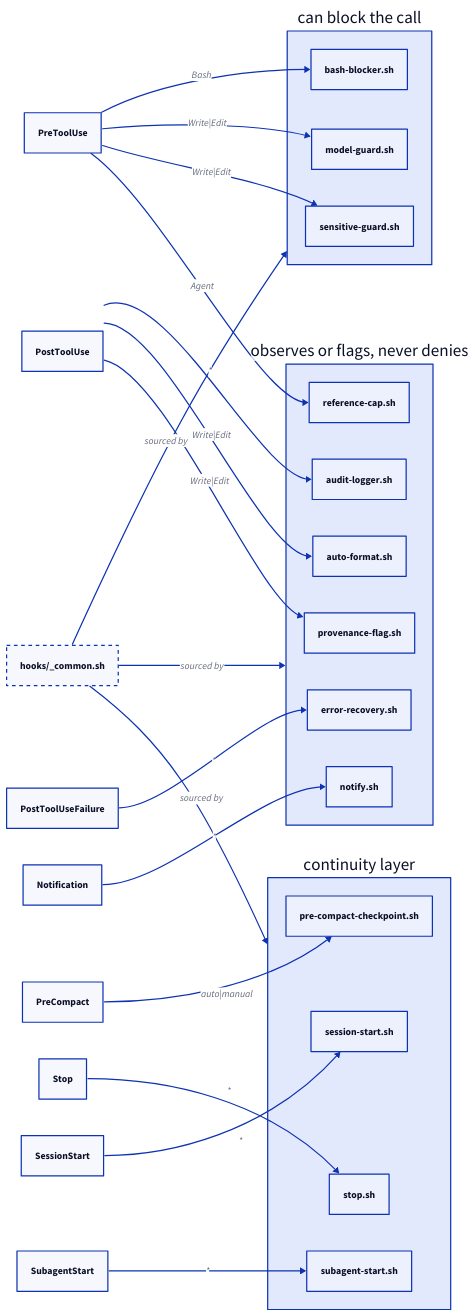
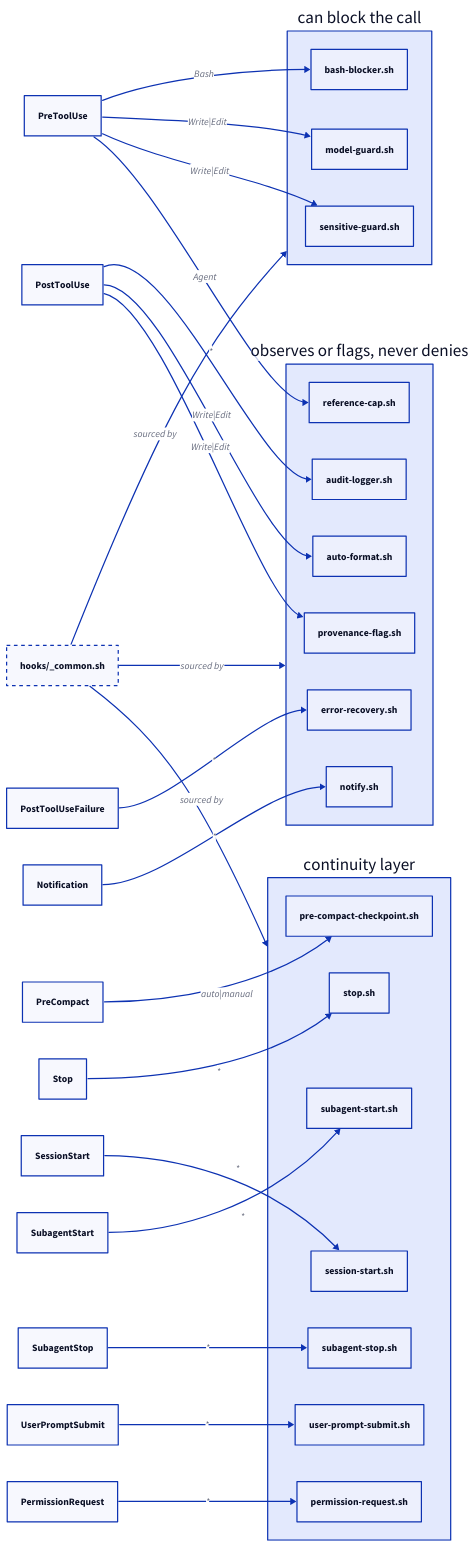
Before and after one commit to nathan-hayashi/psychic-crew: the third of 4 diagrams in README.md, drawn with D2. The commit also changed other lines of this file and 20 other files, not shown here.

````diff
--- a/README.md
+++ b/README.md
@@ -210,51 +210,54 @@
 ```d2
 # Source of truth is .claude/settings.json — the PROJECT hook topology. run-crew-tests.sh
 # compares every event -> hook edge below against it in BOTH directions, so this diagram cannot
 # drift from the project file. User-scope hooks MERGE in addition at runtime (RETIRE-1: they are
 # governed by the harness user layer's own laws and defer inside this repo; they are not drawn).
 
 direction: right
 
 blocking: can block the call {
   "bash-blocker.sh"
   "model-guard.sh"
   "sensitive-guard.sh"
 }
 
 advisory: observes or flags, never denies {
   "reference-cap.sh"
   "audit-logger.sh"
   "auto-format.sh"
   "provenance-flag.sh"
   "error-recovery.sh"
   "notify.sh"
 }
 
 continuity: continuity layer {
   "pre-compact-checkpoint.sh"
   "stop.sh"
   "session-start.sh"
   "subagent-start.sh"
 }
 
 PreToolUse -> blocking."bash-blocker.sh": Bash
 PreToolUse -> blocking."model-guard.sh": Write|Edit
 PreToolUse -> blocking."sensitive-guard.sh": Write|Edit
 PreToolUse -> advisory."reference-cap.sh": Agent
 PostToolUse -> advisory."audit-logger.sh": *
 PostToolUse -> advisory."auto-format.sh": Write|Edit
 PostToolUse -> advisory."provenance-flag.sh": Write|Edit
 PostToolUseFailure -> advisory."error-recovery.sh": *
 Notification -> advisory."notify.sh": *
 PreCompact -> continuity."pre-compact-checkpoint.sh": auto|manual
 Stop -> continuity."stop.sh": *
 SessionStart -> continuity."session-start.sh": *
 SubagentStart -> continuity."subagent-start.sh": *
+SubagentStop -> continuity."subagent-stop.sh": *
+UserPromptSubmit -> continuity."user-prompt-submit.sh": *
+PermissionRequest -> continuity."permission-request.sh": *
 
 preamble: "hooks/_common.sh" {
   style.stroke-dash: 3
 }
 preamble -> blocking: sourced by
 preamble -> advisory: sourced by
 preamble -> continuity: sourced by
 ```
````
